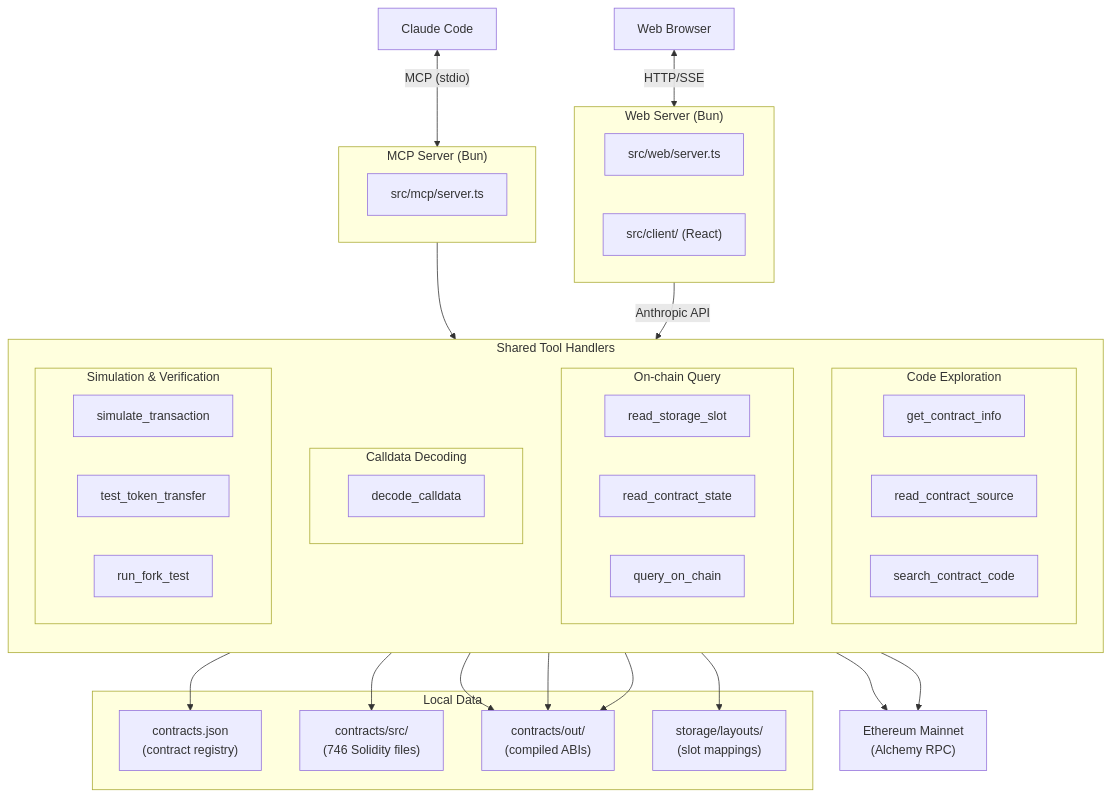
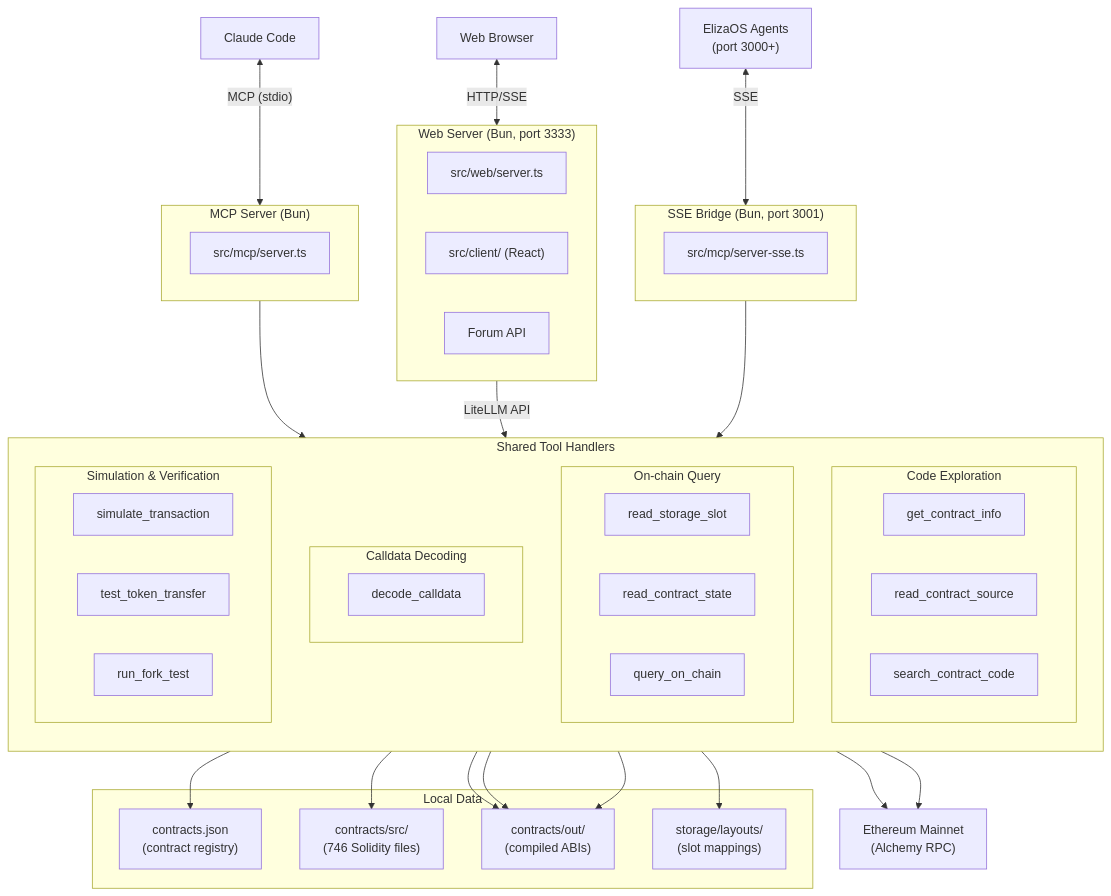
One commit to tokamak-network/tokamak-dao-agent changed the diagram in README.md. Above: the diagram before and after it, drawn with Mermaid. The commit also changed other lines of this file and 1 other file, not shown here.

First line of the commit message:
docs: consolidate ElizaOS guide into root README

````diff
--- a/README.md
+++ b/README.md
@@ -9,62 +9,71 @@
 ```mermaid
 flowchart TB
     Claude["Claude Code"]
     Browser["Web Browser"]
+    ElizaOS["ElizaOS Agents\n(port 3000+)"]
 
     Claude <-->|"MCP (stdio)"| MCP
     Browser <-->|"HTTP/SSE"| Web
+    ElizaOS <-->|"SSE"| SSE
 
     subgraph MCP["MCP Server (Bun)"]
         direction LR
         mcp_entry["src/mcp/server.ts"]
     end
 
-    subgraph Web["Web Server (Bun)"]
+    subgraph Web["Web Server (Bun, port 3333)"]
         direction LR
         web_entry["src/web/server.ts"]
         web_client["src/client/ (React)"]
+        forum_api["Forum API"]
+    end
+
+    subgraph SSE["SSE Bridge (Bun, port 3001)"]
+        direction LR
+        sse_entry["src/mcp/server-sse.ts"]
     end
 
     MCP --> Handlers
-    Web -->|"Anthropic API"| Handlers
+    Web -->|"LiteLLM API"| Handlers
+    SSE --> Handlers
 
     subgraph Handlers["Shared Tool Handlers"]
         direction TB
 
         subgraph tools1["Code Exploration"]
             get_contract_info
             read_contract_source
             search_contract_code
         end
 
         subgraph tools2["On-chain Query"]
             read_storage_slot
             read_contract_state
             query_on_chain
         end
 
         subgraph tools3["Calldata Decoding"]
             decode_calldata
         end
 
         subgraph tools4["Simulation & Verification"]
             simulate_transaction
             test_token_transfer
             run_fork_test
         end
     end
 
     subgraph Data["Local Data"]
         contracts_json["contracts.json\n(contract registry)"]
         sources["contracts/src/\n(746 Solidity files)"]
         abis["contracts/out/\n(compiled ABIs)"]
         layouts["storage/layouts/\n(slot mappings)"]
     end
 
     RPC["Ethereum Mainnet\n(Alchemy RPC)"]
 
     tools1 --> contracts_json & sources & abis
     tools2 --> layouts & abis & RPC
     tools3 --> abis
     tools4 --> RPC
 ```
````
